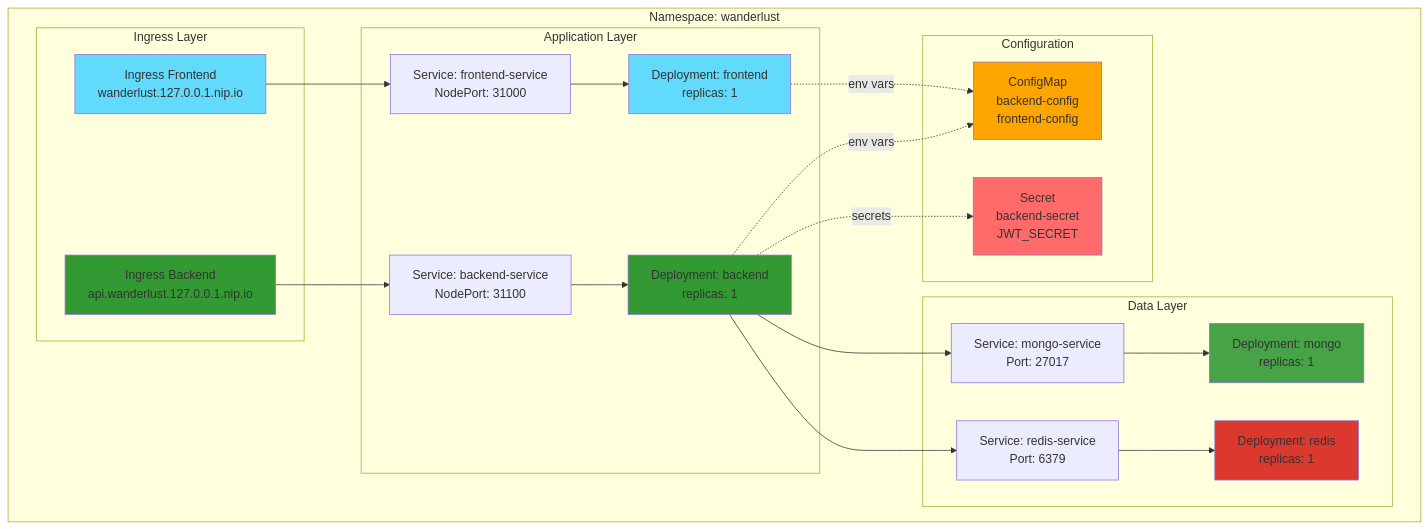
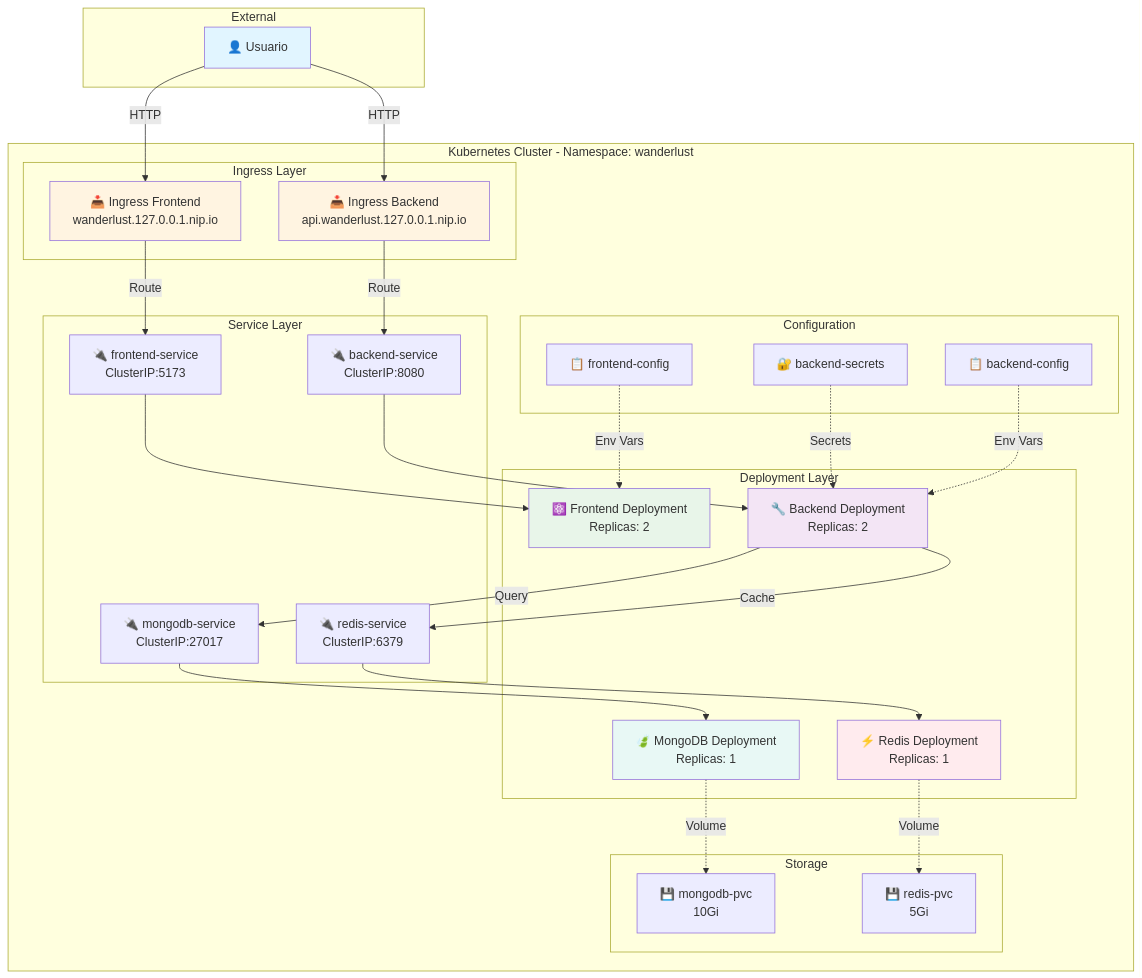
One commit to emaf13/wanderlust-ops changed the second of 3 diagrams in README.md. Above: the diagram before and after it, drawn with Mermaid. The commit also changed other lines of this file and 3 other files, not shown here.

````diff
--- a/README.md
+++ b/README.md
@@ -485,49 +171,64 @@
 ```mermaid
 graph TB
-    subgraph "Namespace: wanderlust"
+    subgraph "External"
+        User[👤 Usuario]
+    end
+    
+    subgraph "Kubernetes Cluster - Namespace: wanderlust"
         subgraph "Ingress Layer"
-            ING_FE[Ingress Frontend<br/>wanderlust.127.0.0.1.nip.io]
-            ING_BE[Ingress Backend<br/>api.wanderlust.127.0.0.1.nip.io]
+            Ingress1[📥 Ingress Frontend<br/>wanderlust.127.0.0.1.nip.io]
+            Ingress2[📥 Ingress Backend<br/>api.wanderlust.127.0.0.1.nip.io]
         end
         
-        subgraph "Application Layer"
-            FE_DEP[Deployment: frontend<br/>replicas: 1]
-            BE_DEP[Deployment: backend<br/>replicas: 1]
-            FE_SVC[Service: frontend-service<br/>NodePort: 31000]
-            BE_SVC[Service: backend-service<br/>NodePort: 31100]
+        subgraph "Service Layer"
+            FrontSvc[🔌 frontend-service<br/>ClusterIP:5173]
+            BackSvc[🔌 backend-service<br/>ClusterIP:8080]
+            MongoSvc[🔌 mongodb-service<br/>ClusterIP:27017]
+            RedisSvc[🔌 redis-service<br/>ClusterIP:6379]
         end
         
-        subgraph "Data Layer"
-            MONGO_DEP[Deployment: mongo<br/>replicas: 1]
-            REDIS_DEP[Deployment: redis<br/>replicas: 1]
-            MONGO_SVC[Service: mongo-service<br/>Port: 27017]
-            REDIS_SVC[Service: redis-service<br/>Port: 6379]
+        subgraph "Deployment Layer"
+            FrontDep[⚛️ Frontend Deployment<br/>Replicas: 2]
+            BackDep[🔧 Backend Deployment<br/>Replicas: 2]
+            MongoDep[🍃 MongoDB Deployment<br/>Replicas: 1]
+            RedisDep[⚡ Redis Deployment<br/>Replicas: 1]
         end
         
         subgraph "Configuration"
-            CM[ConfigMap<br/>backend-config<br/>frontend-config]
-            SECRET[Secret<br/>backend-secret<br/>JWT_SECRET]
+            ConfigMap1[📋 frontend-config]
+            ConfigMap2[📋 backend-config]
+            Secret[🔐 backend-secrets]
+        end
+        
+        subgraph "Storage"
+            PVC1[💾 mongodb-pvc<br/>10Gi]
+            PVC2[💾 redis-pvc<br/>5Gi]
         end
     end
     
-    ING_FE --> FE_SVC
-    ING_BE --> BE_SVC
-    FE_SVC --> FE_DEP
-    BE_SVC --> BE_DEP
-    BE_DEP --> MONGO_SVC
-    BE_DEP --> REDIS_SVC
-    MONGO_SVC --> MONGO_DEP
-    REDIS_SVC --> REDIS_DEP
-    BE_DEP -.->|env vars| CM
-    BE_DEP -.->|secrets| SECRET
-    FE_DEP -.->|env vars| CM
+    User -->|HTTP| Ingress1
+    User -->|HTTP| Ingress2
+    Ingress1 -->|Route| FrontSvc
+    Ingress2 -->|Route| BackSvc
+    FrontSvc --> FrontDep
+    BackSvc --> BackDep
+    BackDep -->|Query| MongoSvc
+    BackDep -->|Cache| RedisSvc
+    MongoSvc --> MongoDep
+    RedisSvc --> RedisDep
     
-    style ING_FE fill:#61DAFB
-    style ING_BE fill:#339933
-    style FE_DEP fill:#61DAFB
-    style BE_DEP fill:#339933
-    style MONGO_DEP fill:#47A248
-    style REDIS_DEP fill:#DC382D
-    style CM fill:#FFA500
-    style SECRET fill:#FF6B6B
+    ConfigMap1 -.->|Env Vars| FrontDep
+    ConfigMap2 -.->|Env Vars| BackDep
+    Secret -.->|Secrets| BackDep
+    
+    MongoDep -.->|Volume| PVC1
+    RedisDep -.->|Volume| PVC2
+    
+    style User fill:#e1f5ff
+    style Ingress1 fill:#fff4e1
+    style Ingress2 fill:#fff4e1
+    style FrontDep fill:#e8f5e9
+    style BackDep fill:#f3e5f5
+    style MongoDep fill:#e8f8f5
+    style RedisDep fill:#ffebee
 ```
````
